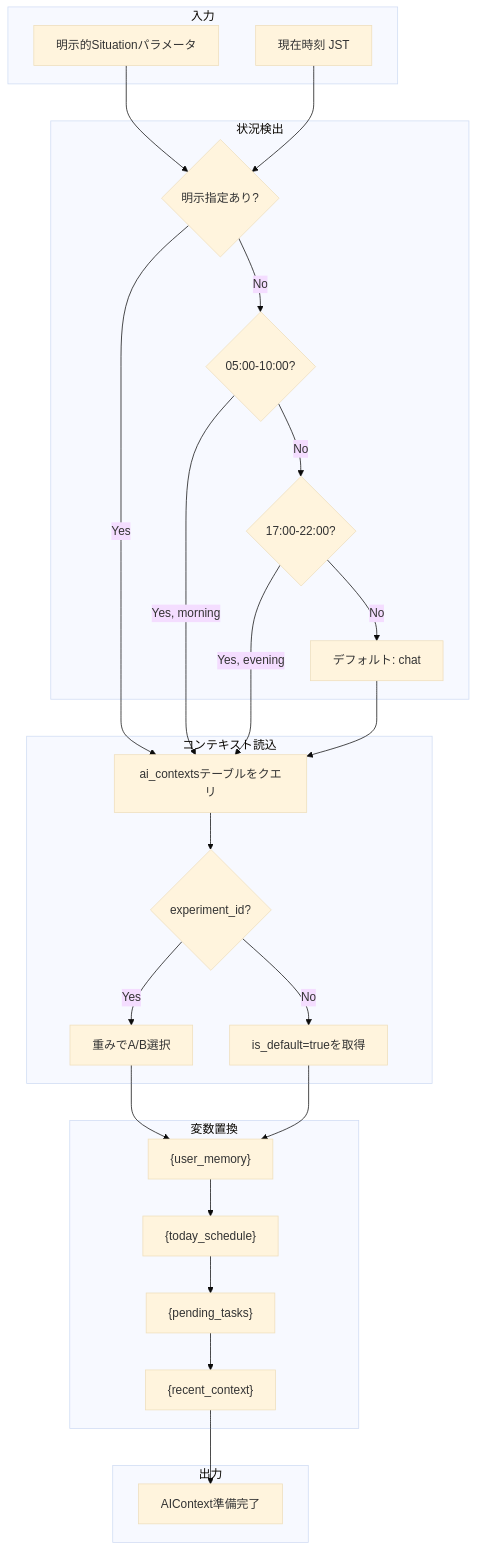
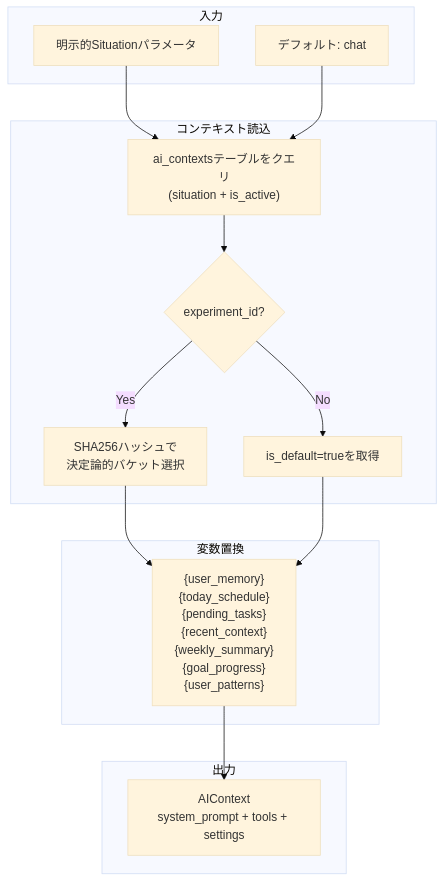
The seventh of 12 diagrams in kensan-ai/ARCHITECTURE.md (yu-min3/kensan), drawn with Mermaid (base theme) before and after one commit. The commit also changed other lines of this file and 117 other files, not shown here.

````diff
--- a/kensan-ai/ARCHITECTURE.md
+++ b/kensan-ai/ARCHITECTURE.md
@@ -691,53 +337,29 @@
 ```mermaid
 flowchart TB
-    subgraph 入力
-        Time[現在時刻 JST]
-        Explicit[明示的Situationパラメータ]
-    end
-
-    subgraph "状況検出"
-        HasExplicit{明示指定あり?}
-        Morning{05:00-10:00?}
-        Evening{17:00-22:00?}
-        Default[デフォルト: chat]
+    subgraph "入力"
+        Explicit["明示的Situationパラメータ"]
+        Default["デフォルト: chat"]
     end
 
     subgraph "コンテキスト読込"
-        Query[ai_contextsテーブルをクエリ]
-        HasExperiment{experiment_id?}
-        ABSelect[重みでA/B選択]
-        DefaultCtx[is_default=trueを取得]
+        Query["ai_contextsテーブルをクエリ<br/>(situation + is_active)"]
+        HasExp{"experiment_id?"}
+        ABSelect["SHA256ハッシュで<br/>決定論的バケット選択"]
+        DefaultCtx["is_default=trueを取得"]
     end
 
     subgraph "変数置換"
-        UserMemory["{user_memory}"]
-        TodaySchedule["{today_schedule}"]
-        PendingTasks["{pending_tasks}"]
-        RecentContext["{recent_context}"]
+        Variables["{user_memory}<br/>{today_schedule}<br/>{pending_tasks}<br/>{recent_context}<br/>{weekly_summary}<br/>{goal_progress}<br/>{user_patterns}"]
     end
 
-    subgraph 出力
-        Context[AIContext準備完了]
+    subgraph "出力"
+        Context["AIContext<br/>system_prompt + tools + settings"]
     end
 
-    Explicit --> HasExplicit
-    Time --> HasExplicit
-    HasExplicit -->|Yes| Query
-    HasExplicit -->|No| Morning
-    Morning -->|Yes, morning| Query
-    Morning -->|No| Evening
-    Evening -->|Yes, evening| Query
-    Evening -->|No| Default
+    Explicit --> Query
     Default --> Query
-
-    Query --> HasExperiment
-    HasExperiment -->|Yes| ABSelect
-    HasExperiment -->|No| DefaultCtx
-    ABSelect --> UserMemory
-    DefaultCtx --> UserMemory
-
-    UserMemory --> TodaySchedule
-    TodaySchedule --> PendingTasks
-    PendingTasks --> RecentContext
-    RecentContext --> Context
+    Query --> HasExp
+    HasExp -->|Yes| ABSelect --> Variables
+    HasExp -->|No| DefaultCtx --> Variables
+    Variables --> Context
 ```
````
